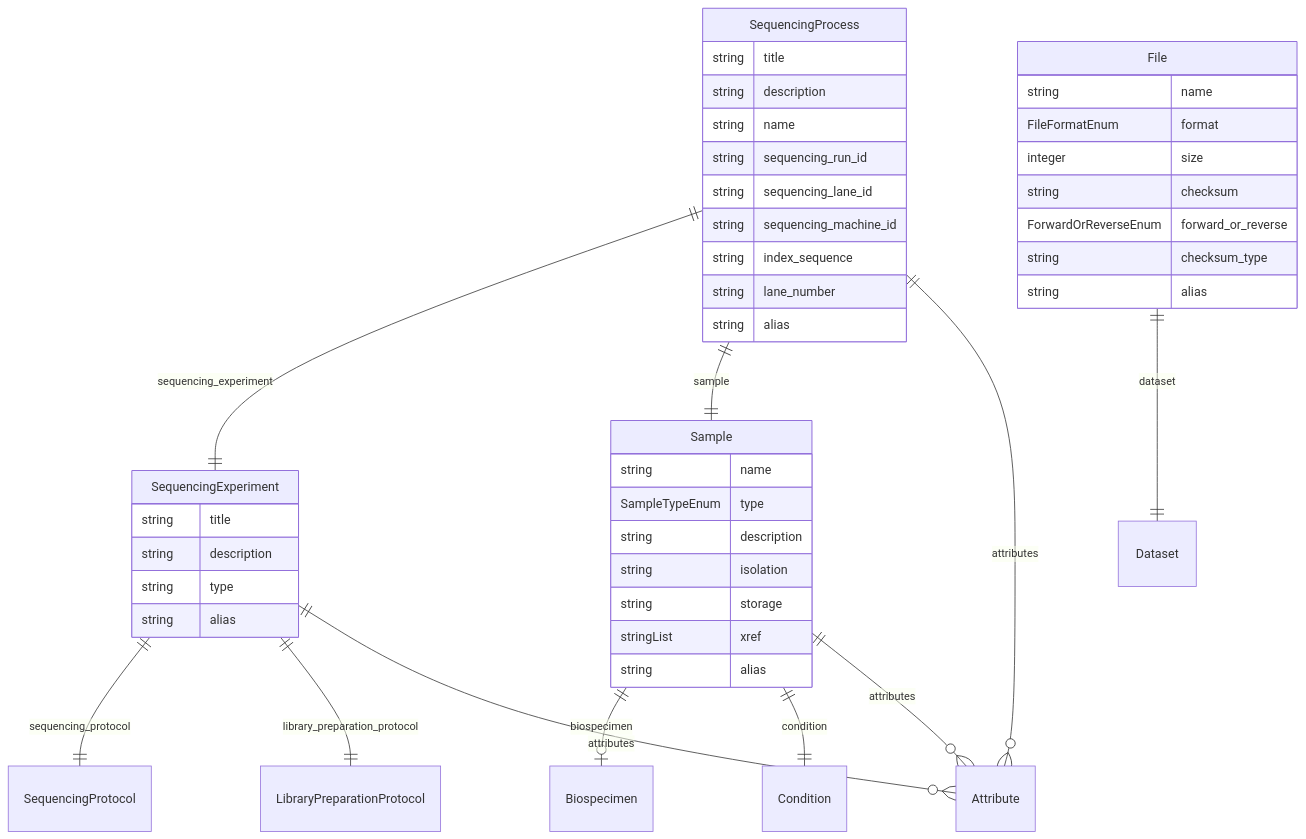
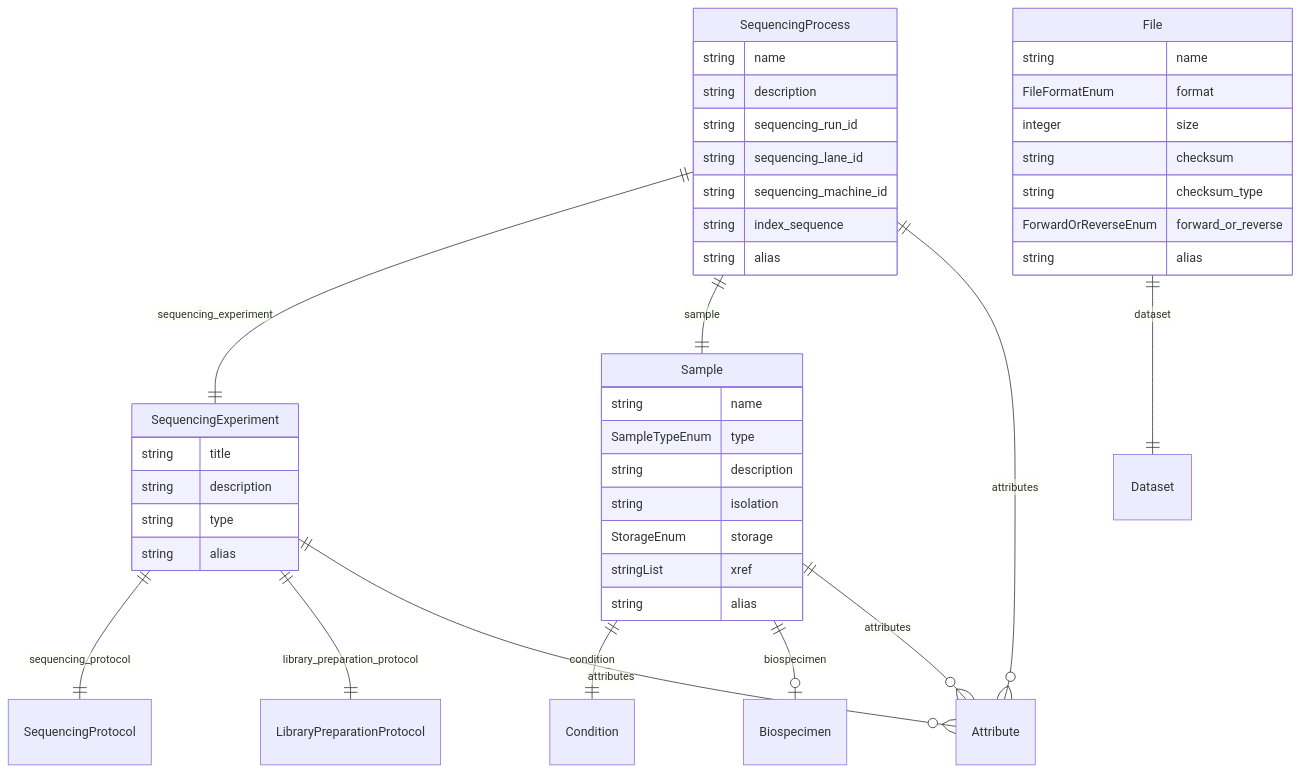
One commit to ghga-de/ghga-metadata-schema changed the sixth of 7 diagrams in docs/entity_relations.md. Above: the diagram before and after it, drawn with Mermaid. The commit also changed other lines of this file and 37 other files, not shown here.

First line of the commit message:
Schema fixes (#136)

````diff
--- a/docs/entity_relations.md
+++ b/docs/entity_relations.md
@@ -268,50 +268,48 @@
 ```mermaid
 erDiagram
 SequencingProcess {
-    string title  
+    string name  
     string description  
-    string name  
     string sequencing_run_id  
     string sequencing_lane_id  
     string sequencing_machine_id  
     string index_sequence  
-    string lane_number  
     string alias  
 }
 File {
     string name  
     FileFormatEnum format  
     integer size  
     string checksum  
+    string checksum_type  
     ForwardOrReverseEnum forward_or_reverse  
-    string checksum_type  
     string alias  
 }
 Sample {
     string name  
     SampleTypeEnum type  
     string description  
     string isolation  
-    string storage  
+    StorageEnum storage  
     stringList xref  
     string alias  
 }
 SequencingExperiment {
     string title  
     string description  
     string type  
     string alias  
 }
 
 SequencingProcess ||--|| SequencingExperiment : "sequencing_experiment"
 SequencingProcess ||--|| Sample : "sample"
 SequencingProcess ||--}o Attribute : "attributes"
 File ||--|| Dataset : "dataset"
+Sample ||--|| Condition : "condition"
 Sample ||--|o Biospecimen : "biospecimen"
-Sample ||--|| Condition : "condition"
 Sample ||--}o Attribute : "attributes"
 SequencingExperiment ||--|| SequencingProtocol : "sequencing_protocol"
 SequencingExperiment ||--|| LibraryPreparationProtocol : "library_preparation_protocol"
 SequencingExperiment ||--}o Attribute : "attributes"
 
 ```
````
